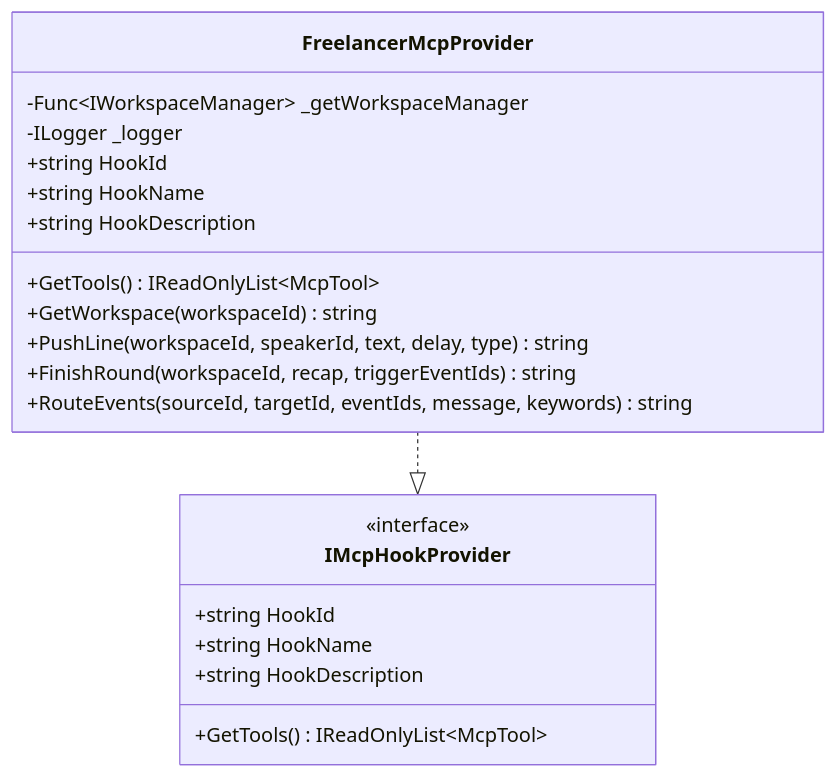
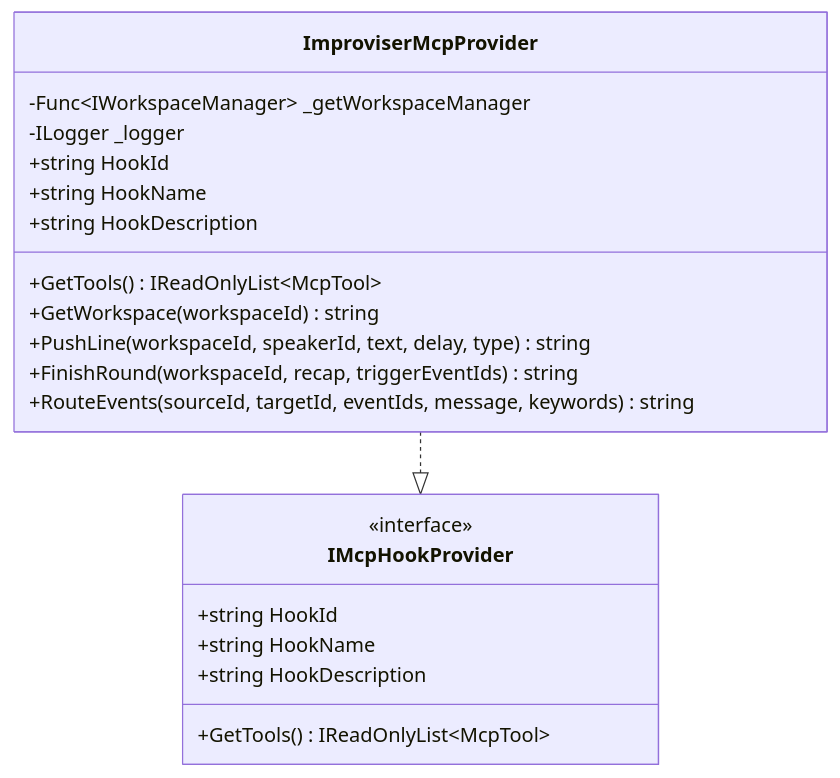
One commit to suzvka/RimLife changed the third of 7 diagrams in .qoder/repowiki/zh/content/智能叙事系统/自由职业者代理系统.md. Above: the diagram before and after it, drawn with Mermaid. The commit also changed other lines of this file and 26 other files, not shown here.

````diff
--- a/.qoder/repowiki/zh/content/智能叙事系统/自由职业者代理系统.md
+++ b/.qoder/repowiki/zh/content/智能叙事系统/自由职业者代理系统.md
@@ -144,23 +156,23 @@
 ```mermaid
 classDiagram
-class FreelancerMcpProvider {
+class ImproviserMcpProvider {
 -Func~IWorkspaceManager~ _getWorkspaceManager
 -ILogger _logger
 +string HookId
 +string HookName
 +string HookDescription
 +GetTools() IReadOnlyList~McpTool~
 +GetWorkspace(workspaceId) string
 +PushLine(workspaceId, speakerId, text, delay, type) string
 +FinishRound(workspaceId, recap, triggerEventIds) string
 +RouteEvents(sourceId, targetId, eventIds, message, keywords) string
 }
 class IMcpHookProvider {
 <<interface>>
 +string HookId
 +string HookName
 +string HookDescription
 +GetTools() IReadOnlyList~McpTool~
 }
-FreelancerMcpProvider ..|> IMcpHookProvider
+ImproviserMcpProvider ..|> IMcpHookProvider
 ```
````
